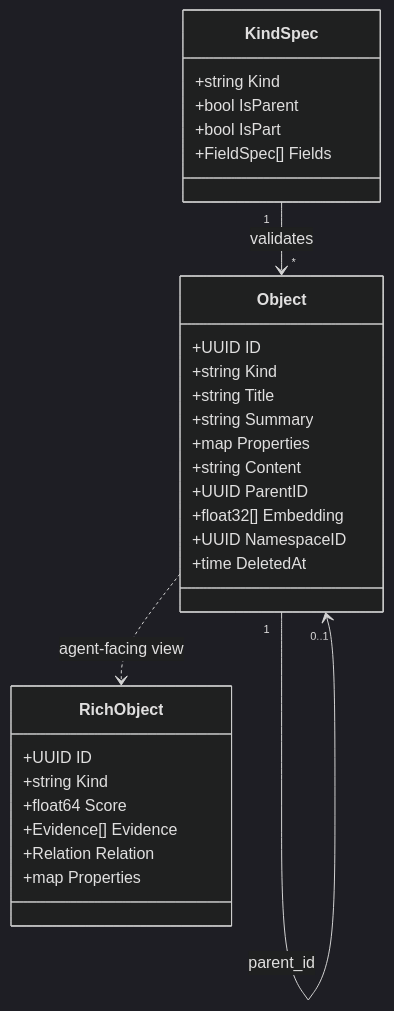
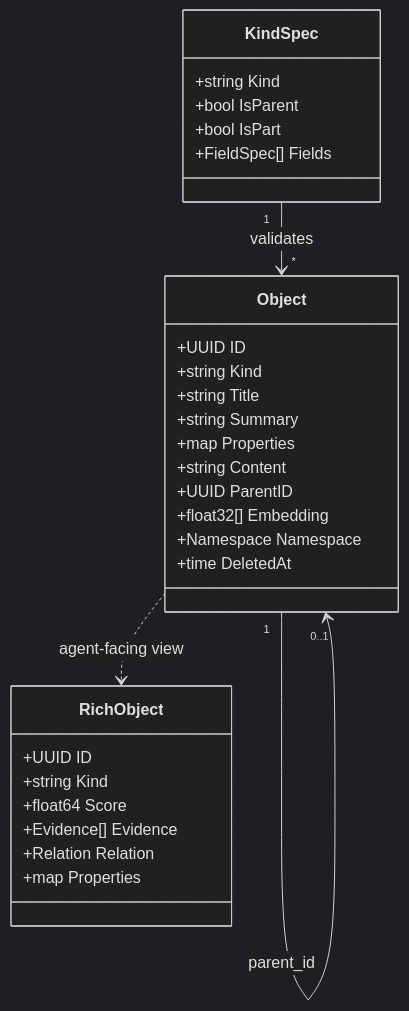
One commit to Ryanaldo34/tacklr changed the first of 8 diagrams in docs/knowledge.md. Above: the diagram before and after it, drawn with Mermaid (dark theme). The commit also changed other lines of this file and 262 other files, not shown here.

````diff
--- a/docs/knowledge.md
+++ b/docs/knowledge.md
@@ -129,35 +129,35 @@
 ```mermaid
 classDiagram
     class Object {
         +UUID ID
         +string Kind
         +string Title
         +string Summary
         +map Properties
         +string Content
         +UUID ParentID
         +float32[] Embedding
-        +UUID NamespaceID
+        +Namespace Namespace
         +time DeletedAt
     }
 
     class KindSpec {
         +string Kind
         +bool IsParent
         +bool IsPart
         +FieldSpec[] Fields
     }
 
     class RichObject {
         +UUID ID
         +string Kind
         +float64 Score
         +Evidence[] Evidence
         +Relation Relation
         +map Properties
     }
 
     KindSpec "1" --> "*" Object : validates
     Object "1" --> "0..1" Object : parent_id
     Object ..> RichObject : agent-facing view
 ```
````
